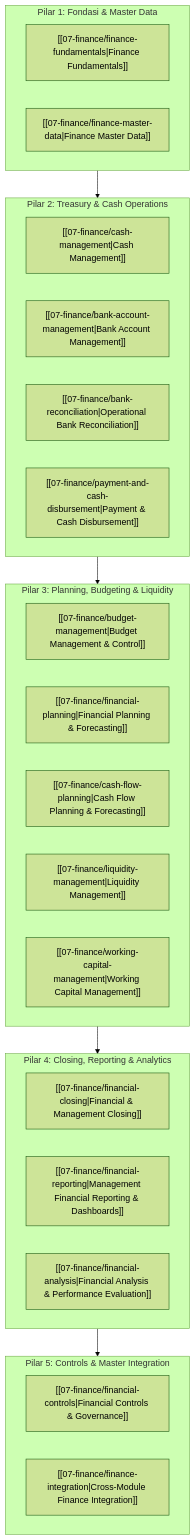
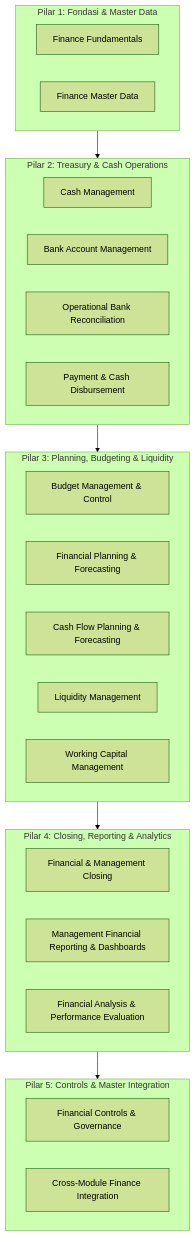
Before and after one commit to alimurrofid/erp-notes: the diagram in content/07-finance/index.md, drawn with Mermaid (forest theme). The commit also changed 37 other files, not shown here.

Commit message:
refactor(content): normalize section headings and Mermaid labels

````diff
--- a/content/07-finance/index.md
+++ b/content/07-finance/index.md
@@ -17,35 +17,35 @@
 ```mermaid
 flowchart TD
     subgraph P1["Pilar 1: Fondasi & Master Data"]
-        N1["[[07-finance/finance-fundamentals|Finance Fundamentals]]"]
-        N2["[[07-finance/finance-master-data|Finance Master Data]]"]
+        N1["Finance Fundamentals"]
+        N2["Finance Master Data"]
     end
 
     subgraph P2["Pilar 2: Treasury & Cash Operations"]
-        N3["[[07-finance/cash-management|Cash Management]]"]
-        N4["[[07-finance/bank-account-management|Bank Account Management]]"]
-        N5["[[07-finance/bank-reconciliation|Operational Bank Reconciliation]]"]
-        N6["[[07-finance/payment-and-cash-disbursement|Payment & Cash Disbursement]]"]
+        N3["Cash Management"]
+        N4["Bank Account Management"]
+        N5["Operational Bank Reconciliation"]
+        N6["Payment & Cash Disbursement"]
     end
 
     subgraph P3["Pilar 3: Planning, Budgeting & Liquidity"]
-        N7["[[07-finance/budget-management|Budget Management & Control]]"]
-        N8["[[07-finance/financial-planning|Financial Planning & Forecasting]]"]
-        N9["[[07-finance/cash-flow-planning|Cash Flow Planning & Forecasting]]"]
-        N10["[[07-finance/liquidity-management|Liquidity Management]]"]
-        N11["[[07-finance/working-capital-management|Working Capital Management]]"]
+        N7["Budget Management & Control"]
+        N8["Financial Planning & Forecasting"]
+        N9["Cash Flow Planning & Forecasting"]
+        N10["Liquidity Management"]
+        N11["Working Capital Management"]
     end
 
     subgraph P4["Pilar 4: Closing, Reporting & Analytics"]
-        N12["[[07-finance/financial-closing|Financial & Management Closing]]"]
-        N13["[[07-finance/financial-reporting|Management Financial Reporting & Dashboards]]"]
-        N14["[[07-finance/financial-analysis|Financial Analysis & Performance Evaluation]]"]
+        N12["Financial & Management Closing"]
+        N13["Management Financial Reporting & Dashboards"]
+        N14["Financial Analysis & Performance Evaluation"]
     end
 
     subgraph P5["Pilar 5: Controls & Master Integration"]
-        N15["[[07-finance/financial-controls|Financial Controls & Governance]]"]
-        N16["[[07-finance/finance-integration|Cross-Module Finance Integration]]"]
+        N15["Financial Controls & Governance"]
+        N16["Cross-Module Finance Integration"]
     end
 
     P1 --> P2 --> P3 --> P4 --> P5
 ```
````
